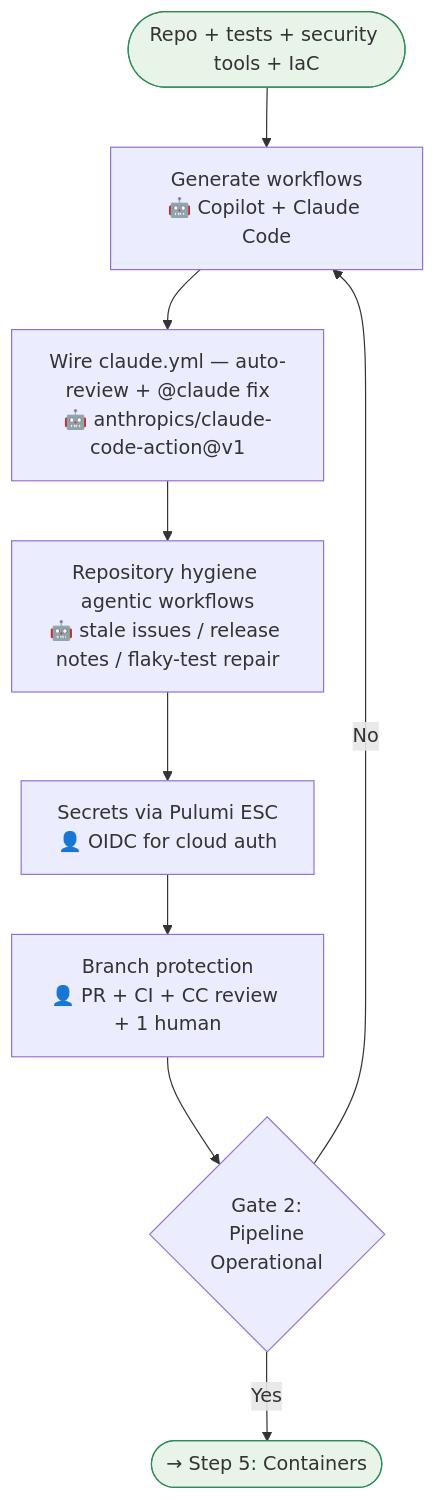
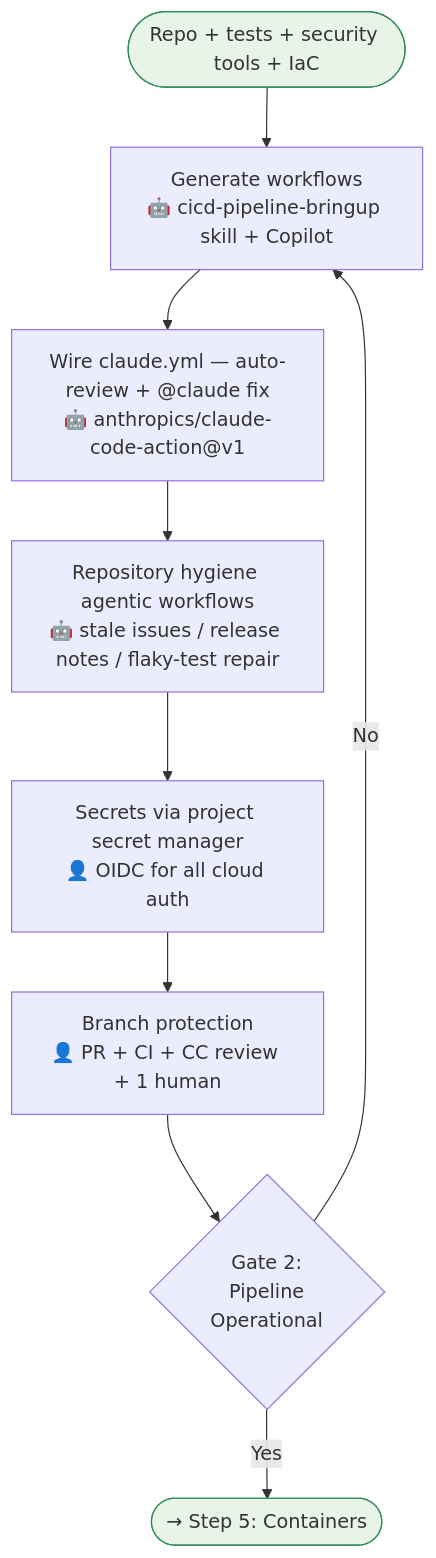
One commit to kalpat-allion/ai-dlc changed the sixth of 9 diagrams in aidlc-phases/06-cicd-devops/FLOWCHART.md. Above: the diagram before and after it, drawn with Mermaid. The commit also changed other lines of this file and 39 other files, not shown here.

````diff
--- a/aidlc-phases/06-cicd-devops/FLOWCHART.md
+++ b/aidlc-phases/06-cicd-devops/FLOWCHART.md
@@ -159,15 +148,15 @@
 ```mermaid
 flowchart TD
     S4_IN([Repo + tests + security tools + IaC]) --> PIPELINE
-    PIPELINE[Generate workflows<br/>🤖 Copilot + Claude Code] --> CLAUDE_ACTION
+    PIPELINE[Generate workflows<br/>🤖 cicd-pipeline-bringup skill + Copilot] --> CLAUDE_ACTION
     CLAUDE_ACTION[Wire claude.yml — auto-review + @claude fix<br/>🤖 anthropics/claude-code-action@v1] --> AGENTIC_HYGIENE
     AGENTIC_HYGIENE[Repository hygiene agentic workflows<br/>🤖 stale issues / release notes / flaky-test repair] --> SECRETS
-    SECRETS[Secrets via Pulumi ESC<br/>👤 OIDC for cloud auth] --> BRANCH
+    SECRETS[Secrets via project secret manager<br/>👤 OIDC for all cloud auth] --> BRANCH
     BRANCH[Branch protection<br/>👤 PR + CI + CC review + 1 human] --> GATE2
     GATE2{Gate 2:<br/>Pipeline<br/>Operational}
     GATE2 -- No --> PIPELINE
     GATE2 -- Yes --> S4_OUT([→ Step 5: Containers])
 
     style S4_IN fill:#e8f4e8,stroke:#2E8B57
     style S4_OUT fill:#e8f4e8,stroke:#2E8B57
 ```
````
